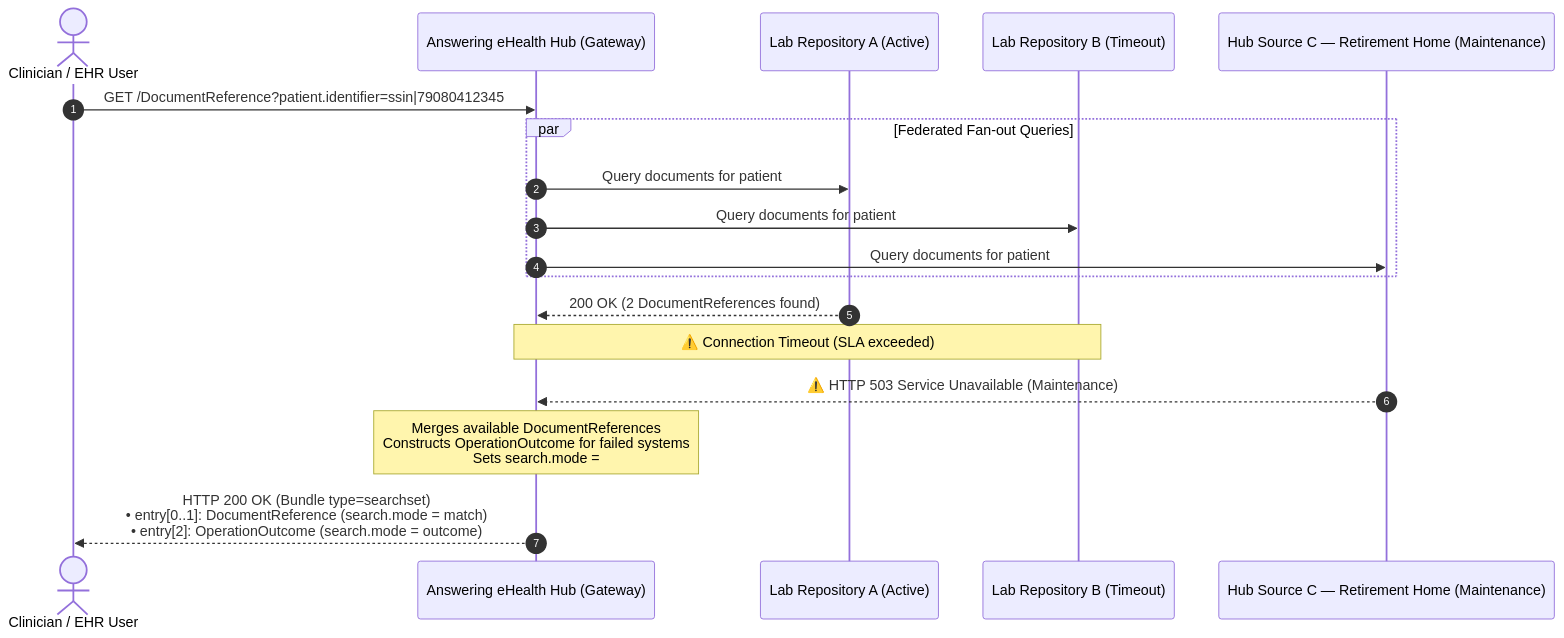
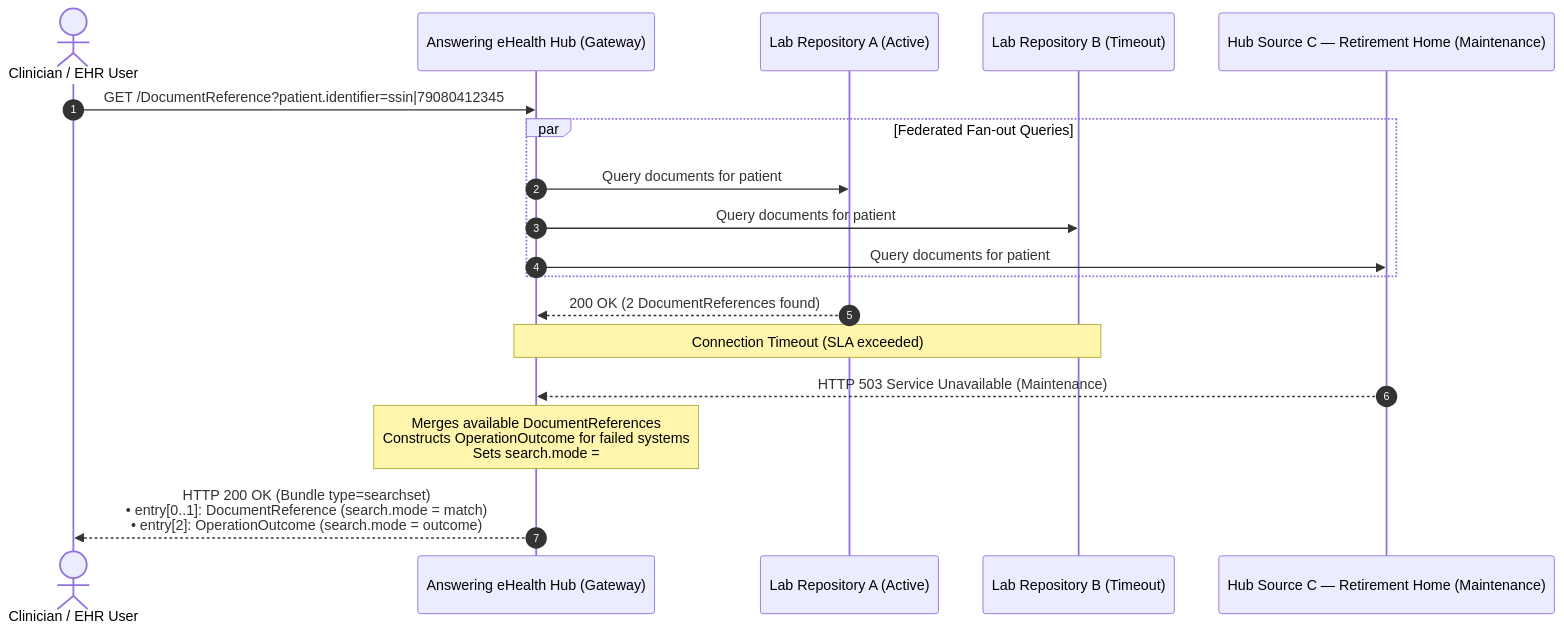
The second of 3 diagrams in input/pagecontent/transactions.md (Erwin-Bellon/hubsharing), drawn with Mermaid before and after one commit. The commit also changed other lines of this file and 16 other files, not shown here.

````diff
--- a/input/pagecontent/transactions.md
+++ b/input/pagecontent/transactions.md
@@ -198,22 +198,22 @@
 ```mermaid
 sequenceDiagram
     autonumber
     actor Clinician as Clinician / EHR User
     participant Gateway as Answering eHealth Hub (Gateway)
     participant Lab1 as Lab Repository A (Active)
     participant Lab2 as Lab Repository B (Timeout)
     participant SrcC as Hub Source C — Retirement Home (Maintenance)
 
     Clinician->>Gateway: GET /DocumentReference?patient.identifier=ssin|79080412345
     par Federated Fan-out Queries
         Gateway->>Lab1: Query documents for patient
         Gateway->>Lab2: Query documents for patient
         Gateway->>SrcC: Query documents for patient
     end
     Lab1-->>Gateway: 200 OK (2 DocumentReferences found)
-    Note over Lab2,Gateway: ⚠️ Connection Timeout (SLA exceeded)
-    SrcC-->>Gateway: ⚠️ HTTP 503 Service Unavailable (Maintenance)
+    Note over Lab2,Gateway: Connection Timeout (SLA exceeded)
+    SrcC-->>Gateway: HTTP 503 Service Unavailable (Maintenance)
 
     Note over Gateway: Merges available DocumentReferences<br/>Constructs OperationOutcome for failed systems<br/>Sets search.mode = #outcome
     Gateway-->>Clinician: HTTP 200 OK (Bundle type=searchset)<br/>• entry[0..1]: DocumentReference (search.mode = match)<br/>• entry[2]: OperationOutcome (search.mode = outcome)
 ```
````
